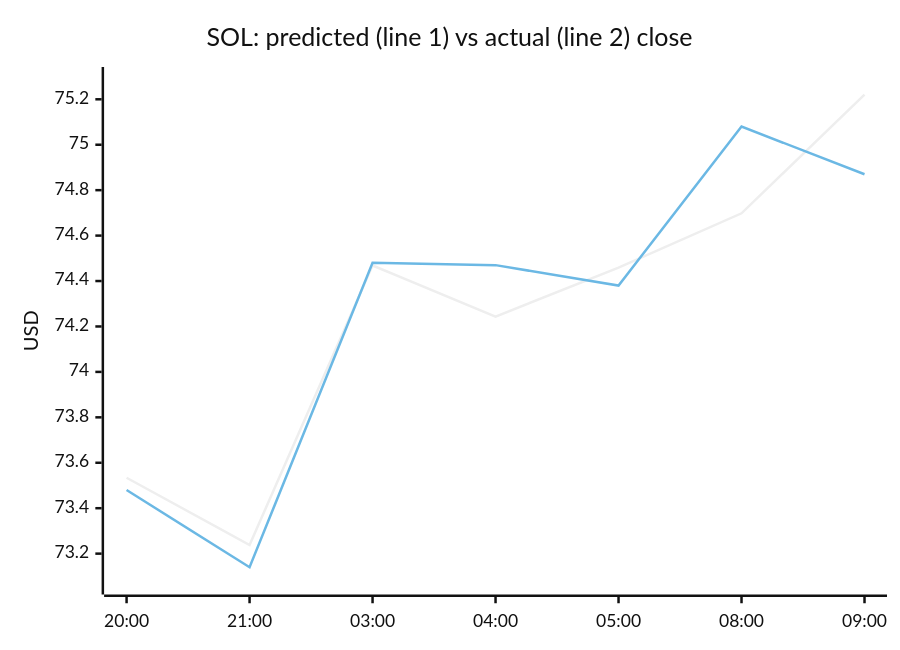
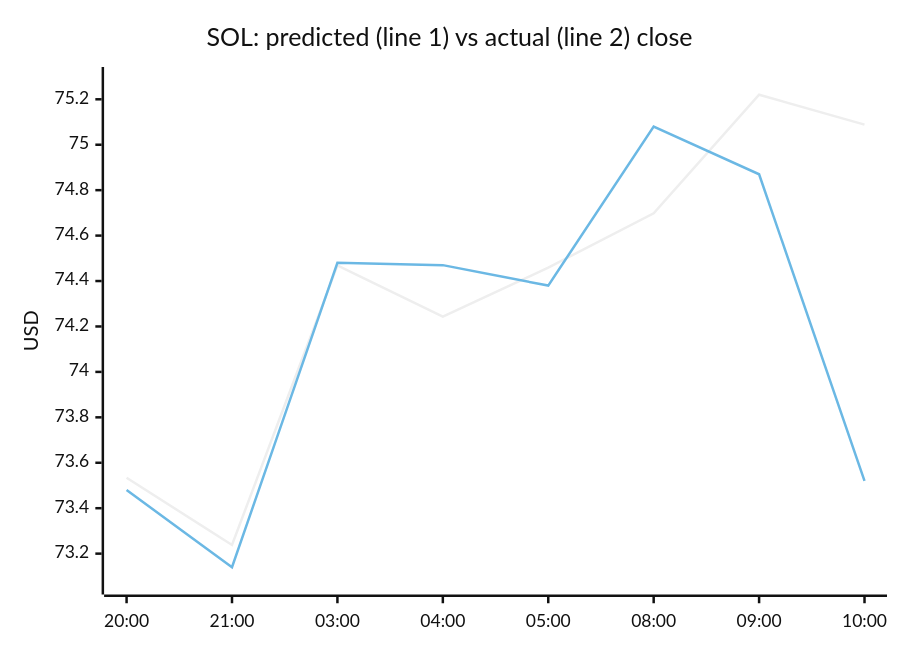
Before and after one commit to samuelkreitl-wq/crypto-hourly-forecaster: the third of 4 diagrams in README.md, drawn with Mermaid (neutral theme). The commit also changed other lines of this file and 14 other files, not shown here.

````diff
--- a/README.md
+++ b/README.md
@@ -56,8 +56,8 @@
 ```mermaid
 xychart-beta
     title "SOL: predicted (line 1) vs actual (line 2) close"
-    x-axis ["20:00", "21:00", "03:00", "04:00", "05:00", "08:00", "09:00"]
+    x-axis ["20:00", "21:00", "03:00", "04:00", "05:00", "08:00", "09:00", "10:00"]
     y-axis "USD" 73.0669 --> 75.2954
-    line [73.5341, 73.2381, 74.4685, 74.2437, 74.4589, 74.6981, 75.2202]
-    line [73.4800, 73.1400, 74.4800, 74.4700, 74.3800, 75.0800, 74.8700]
+    line [73.5341, 73.2381, 74.4685, 74.2437, 74.4589, 74.6981, 75.2202, 75.0883]
+    line [73.4800, 73.1400, 74.4800, 74.4700, 74.3800, 75.0800, 74.8700, 73.5200]
 ```
````
